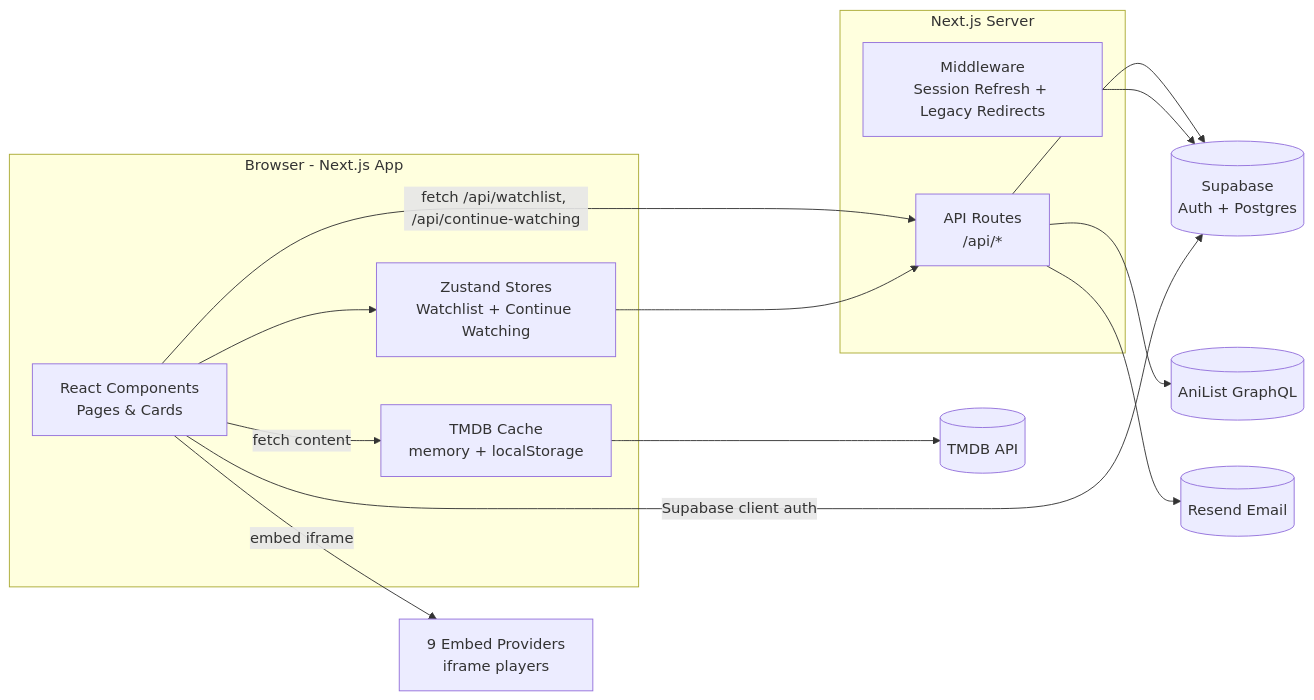
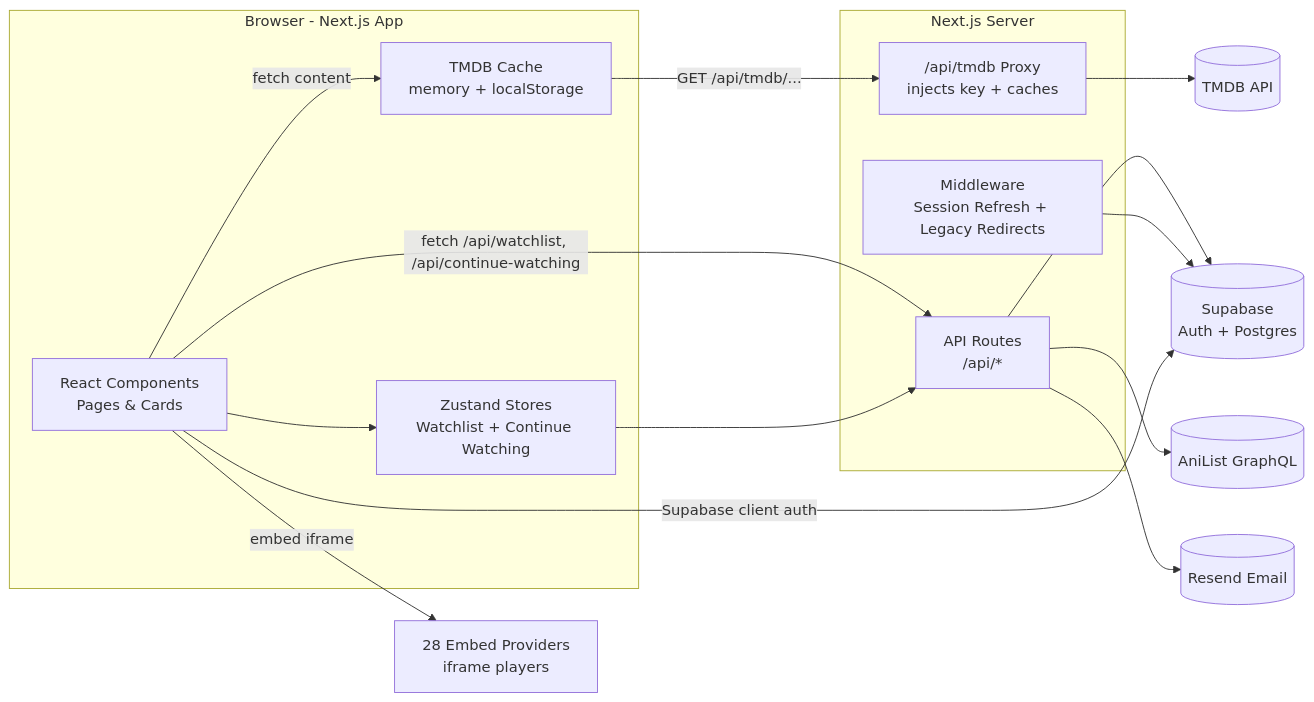
Before and after one commit to Manvithudupa/movime: the diagram in README.md, drawn with Mermaid. The commit also changed other lines of this file and 1 other file, not shown here.

First line of the commit message:
Update README to reflect current architecture and fix sources comment

````diff
--- a/README.md
+++ b/README.md
@@ -125,31 +127,33 @@
 ```mermaid
 flowchart LR
     subgraph Browser[Browser - Next.js App]
         UI[React Components<br/>Pages & Cards]
         ZS[Zustand Stores<br/>Watchlist + Continue Watching]
         CACHE[TMDB Cache<br/>memory + localStorage]
     end
 
     subgraph API[Next.js Server]
         AR["API Routes<br/>/api/*"]
+        PXY["/api/tmdb Proxy<br/>injects key + caches"]
         MW[Middleware<br/>Session Refresh + Legacy Redirects]
     end
 
     TMDB[(TMDB API)]
     ANI[(AniList GraphQL)]
     SUP[(Supabase<br/>Auth + Postgres)]
     RES[(Resend Email)]
-    EMB[9 Embed Providers<br/>iframe players]
+    EMB[28 Embed Providers<br/>iframe players]
 
     UI -->|fetch content| CACHE
-    CACHE --> TMDB
+    CACHE -->|GET /api/tmdb/...| PXY
+    PXY --> TMDB
     UI -->|fetch /api/watchlist, /api/continue-watching| AR
     UI -->|embed iframe| EMB
     AR --> SUP
     AR --> ANI
     AR --> RES
     MW --> SUP
     UI --> ZS
     ZS --> AR
     UI -->|Supabase client auth| SUP
 ```
````
